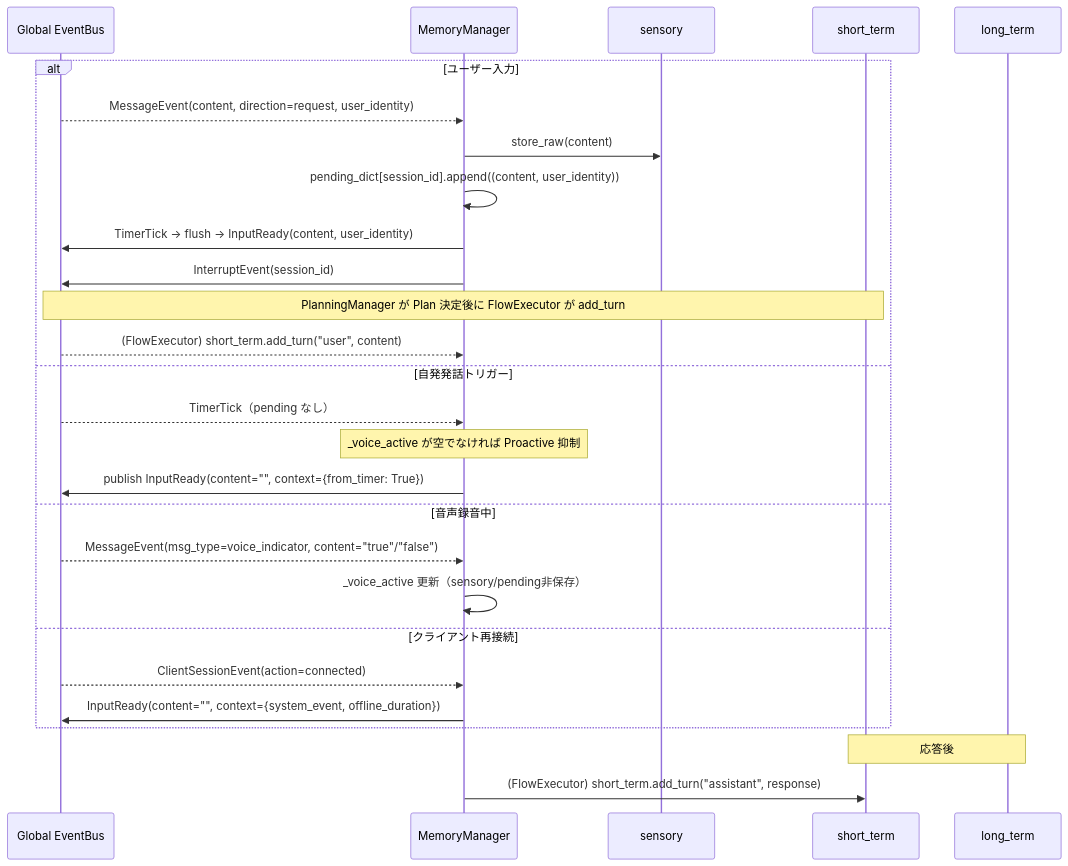
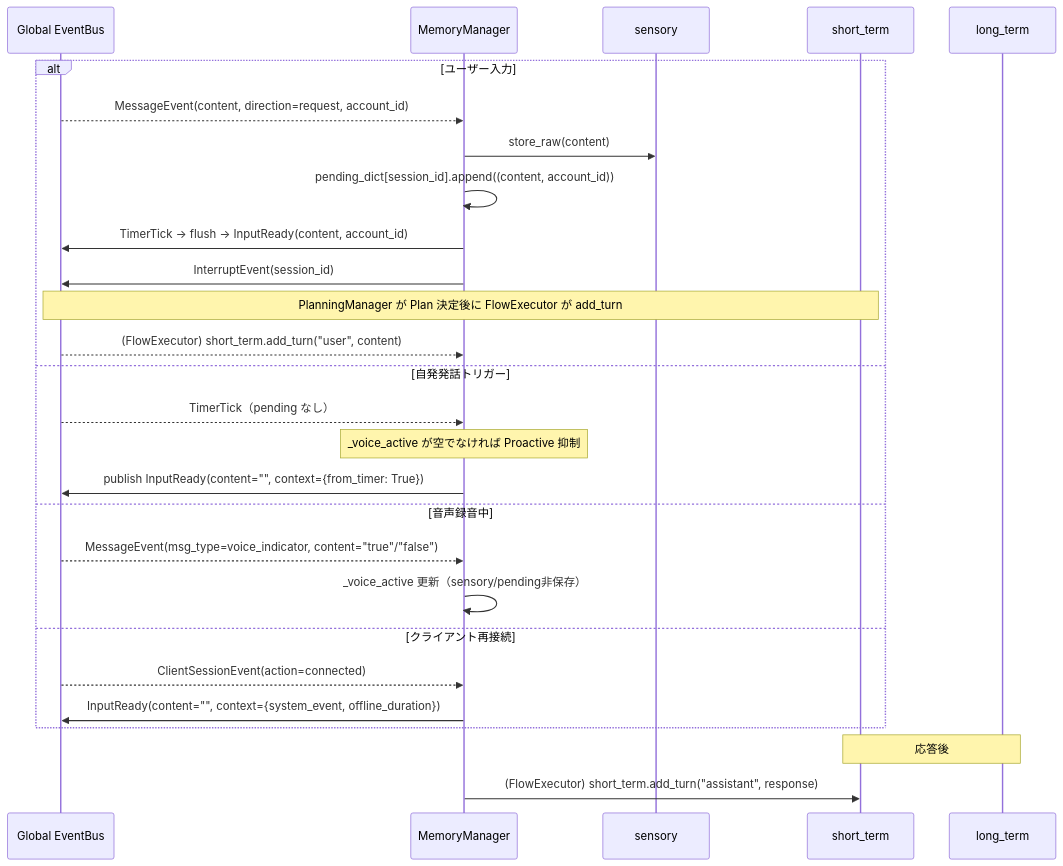
The diagram in docs/memory-layer.md (ibukani/iris-mind), drawn with Mermaid before and after one commit. The commit also changed other lines of this file and 51 other files, not shown here.

First line of the commit message:
refactor: user_id廃止 + account_id統一 + identity命名整理

````diff
--- a/docs/memory-layer.md
+++ b/docs/memory-layer.md
@@ -188,32 +188,32 @@
 ```mermaid
 sequenceDiagram
     participant EB as Global EventBus
     participant MGR as MemoryManager
     participant SEN as sensory
     participant STM as short_term
     participant LTM as long_term
 
     alt ユーザー入力
-        EB-->>MGR: MessageEvent(content, direction=request, user_identity)
+        EB-->>MGR: MessageEvent(content, direction=request, account_id)
         MGR->>SEN: store_raw(content)
-        MGR->>MGR: pending_dict[session_id].append((content, user_identity))
-        MGR->>EB: TimerTick → flush → InputReady(content, user_identity)
+        MGR->>MGR: pending_dict[session_id].append((content, account_id))
+        MGR->>EB: TimerTick → flush → InputReady(content, account_id)
         MGR->>EB: InterruptEvent(session_id)
 
         Note over EB,STM: PlanningManager が Plan 決定後に FlowExecutor が add_turn
         EB-->>MGR: (FlowExecutor) short_term.add_turn("user", content)
     else 自発発話トリガー
         EB-->>MGR: TimerTick（pending なし）
         Note over MGR: _voice_active が空でなければ Proactive 抑制
         MGR->>EB: publish InputReady(content="", context={from_timer: True})
     else 音声録音中
         EB-->>MGR: MessageEvent(msg_type=voice_indicator, content="true"/"false")
         MGR->>MGR: _voice_active 更新（sensory/pending非保存）
     else クライアント再接続
         EB-->>MGR: ClientSessionEvent(action=connected)
         MGR->>EB: InputReady(content="", context={system_event, offline_duration})
     end
 
     Note over STM,LTM: 応答後
     MGR->>STM: (FlowExecutor) short_term.add_turn("assistant", response)
 ```
````
